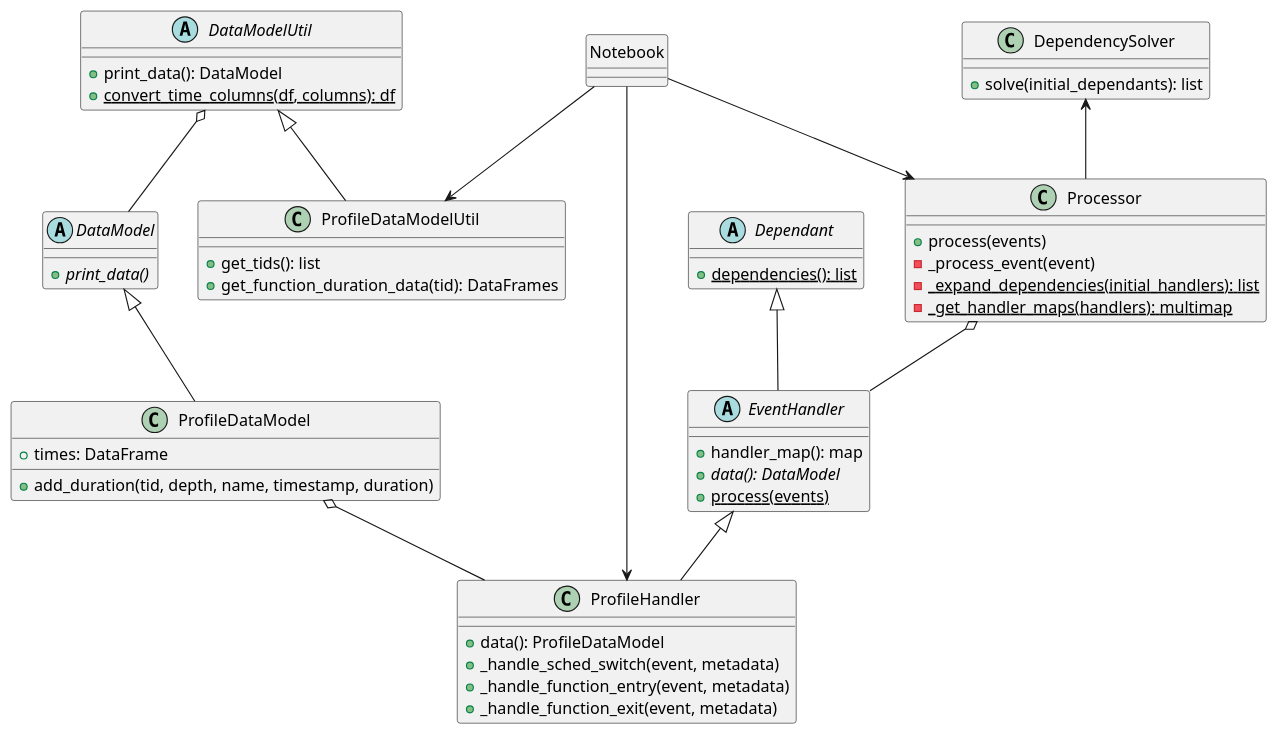
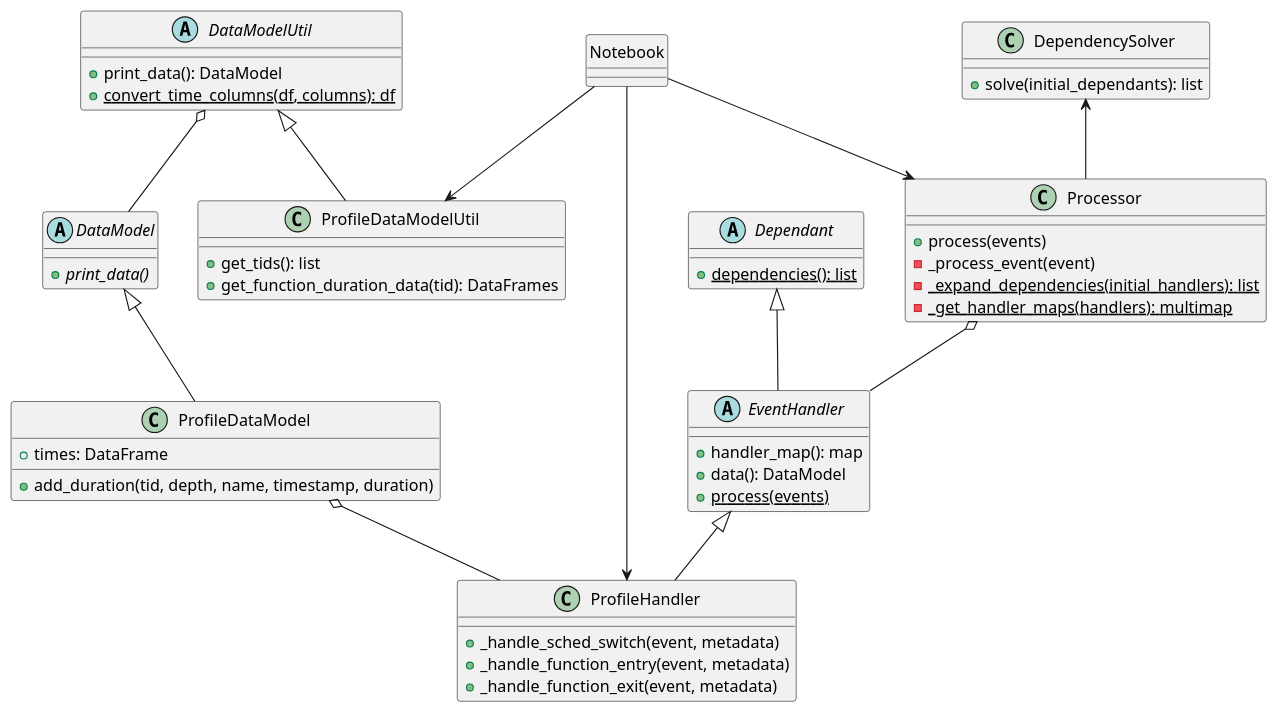
One commit to ros2/ros2_tracing changed diagram 15 of 15 in doc/design_ros_2.md. Above: the diagram before and after it, drawn with PlantUML.

Commit message:
Update analysis architecture diagram after moving ownership of DataModel

````diff
--- a/doc/design_ros_2.md
+++ b/doc/design_ros_2.md
@@ -666,62 +666,61 @@
 ```plantuml
 @startuml
 
 class Processor {
  +process(events)
  -_process_event(event)
  -_expand_dependencies(initial_handlers): list {static}
  -_get_handler_maps(handlers): multimap {static}
 }
 class DependencySolver {
  +solve(initial_dependants): list
 }
 DependencySolver <-- Processor
 
 abstract class Dependant {
  +dependencies(): list {static}
 }
 abstract class EventHandler {
  +handler_map(): map
- +data(): DataModel {abstract}
+ +data(): DataModel
  +process(events) {static}
 }
 class ProfileHandler {
- +data(): ProfileDataModel
  +_handle_sched_switch(event, metadata)
  +_handle_function_entry(event, metadata)
  +_handle_function_exit(event, metadata)
 }
 Dependant <|-- EventHandler
 EventHandler <|-- ProfileHandler
 Processor o-- EventHandler
 
 abstract class DataModel {
  +print_data() {abstract}
 }
 class ProfileDataModel {
  +times: DataFrame
  +add_duration(tid, depth, name, timestamp, duration)
 }
 DataModel <|-- ProfileDataModel
 ProfileDataModel o-- ProfileHandler
 
 abstract class DataModelUtil {
  +print_data(): DataModel
  +convert_time_columns(df, columns): df {static}
 }
 class ProfileDataModelUtil {
  +get_tids(): list
  +get_function_duration_data(tid): DataFrames
 }
 DataModelUtil <|-- ProfileDataModelUtil
 DataModelUtil o-- DataModel
 
 class Notebook {
 }
 Notebook --> ProfileHandler
 Notebook --> ProfileDataModelUtil
 Notebook --> Processor
 hide Notebook circle
 
 @enduml
 ```
````
